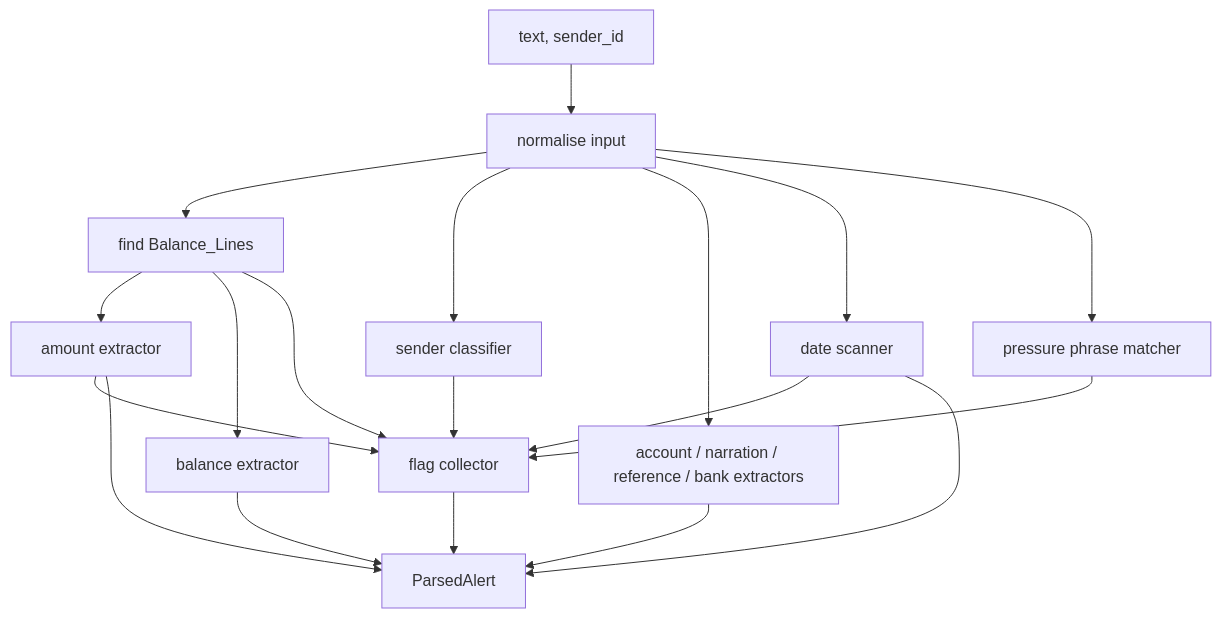
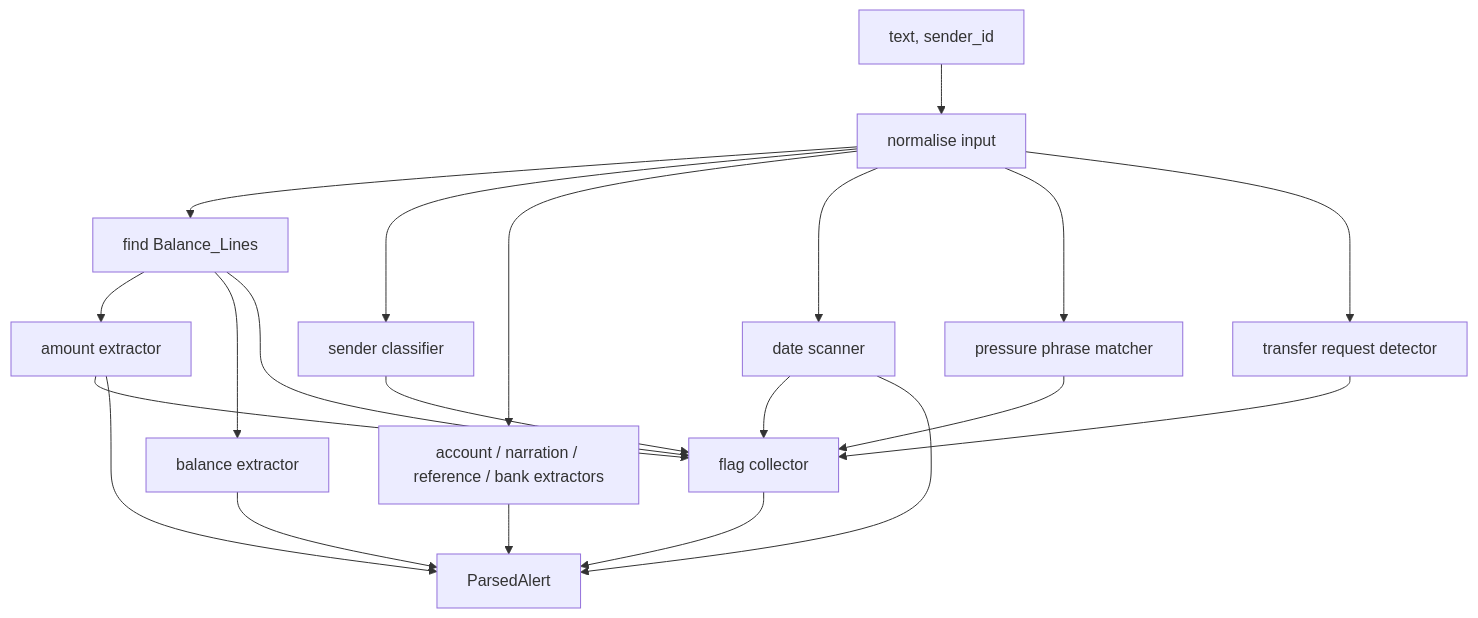
Before and after one commit to legendonthisone/ghost-credit: the first of 2 diagrams in .kiro/specs/alert-parser/design.md, drawn with Mermaid. The commit also changed other lines of this file and 103 other files, not shown here.

````diff
--- a/.kiro/specs/alert-parser/design.md
+++ b/.kiro/specs/alert-parser/design.md
@@ -24,21 +24,23 @@
 ```mermaid
 flowchart TD
     A[text, sender_id] --> B[normalise input]
     B --> C[find Balance_Lines]
     B --> D[sender classifier]
     C --> E[amount extractor]
     C --> F[balance extractor]
     B --> G[account / narration / reference / bank extractors]
     B --> H[date scanner]
     B --> I[pressure phrase matcher]
+    B --> T[transfer request detector]
+    T --> J
     D --> J[flag collector]
     C --> J
     E --> J
     H --> J
     I --> J
     E --> K[ParsedAlert]
     F --> K
     G --> K
     H --> K
     J --> K
 ```
````
